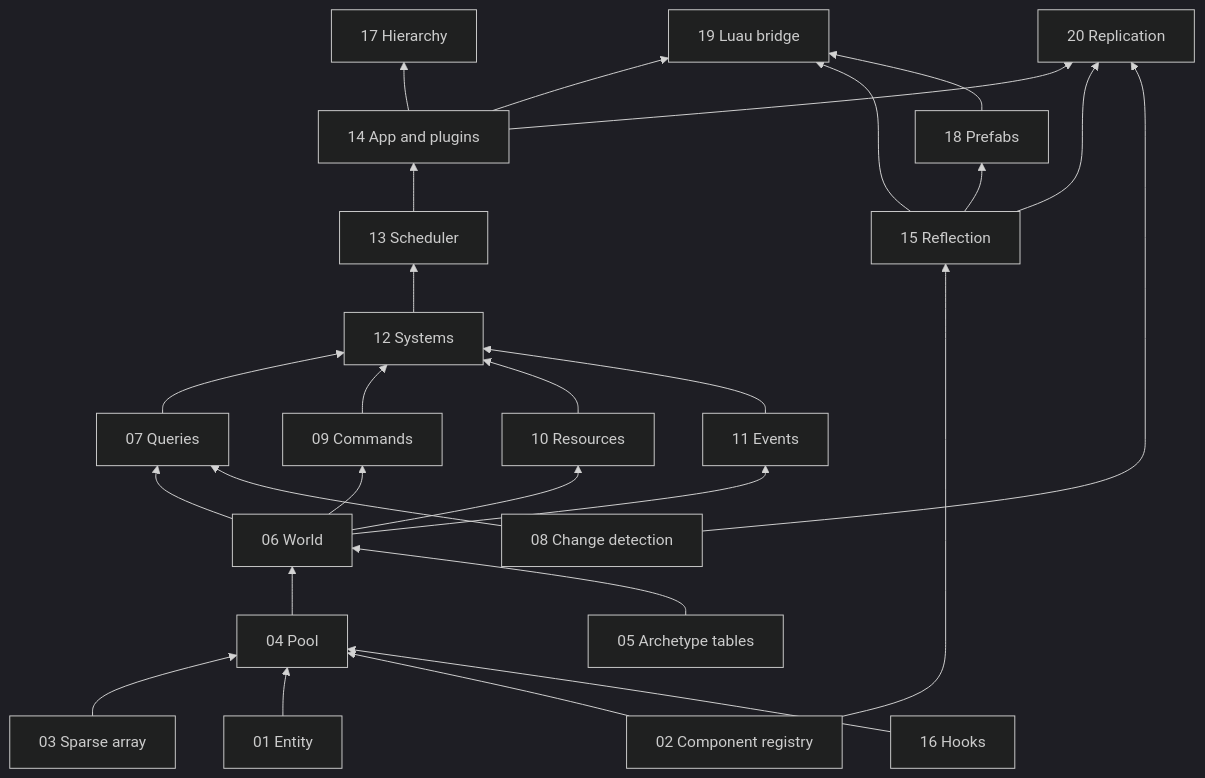
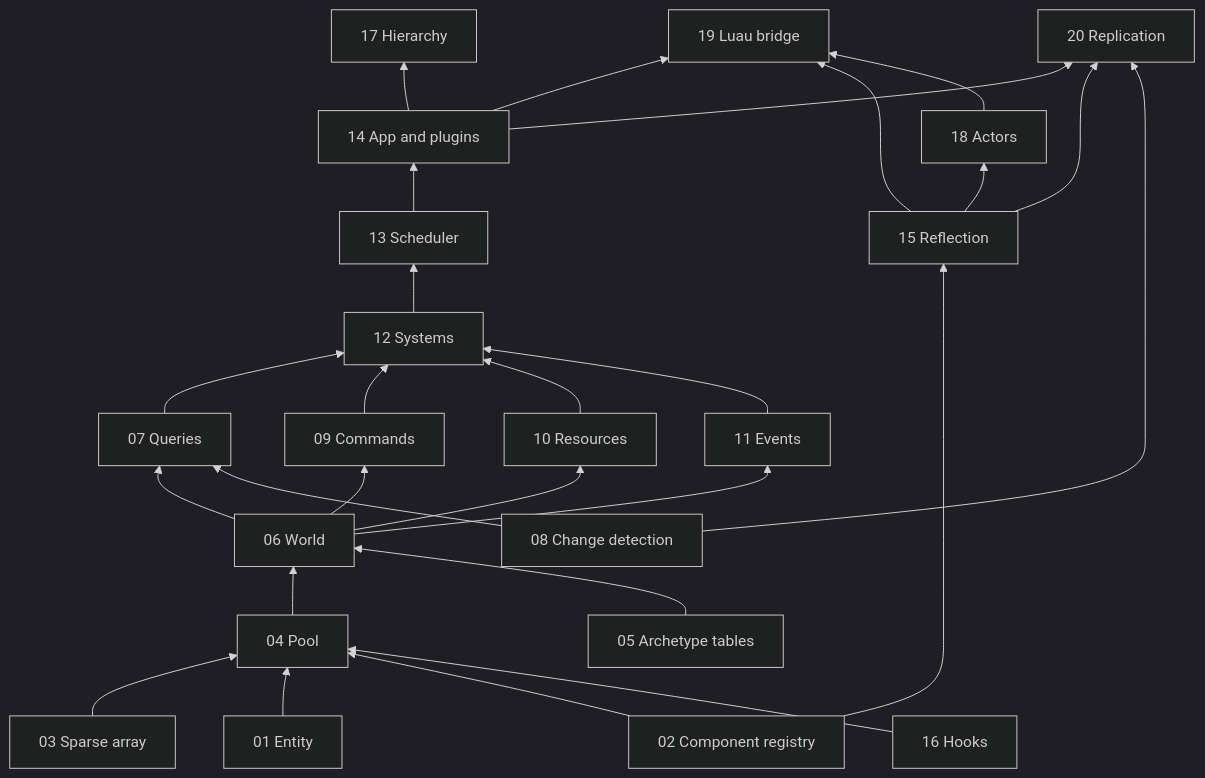
One commit to Charles-Mahoudeau/rtype changed the diagram in docs/ecs/features/README.md. Above: the diagram before and after it, drawn with Mermaid (dark theme). The commit also changed other lines of this file and 11 other files, not shown here.

Commit message:
docs(ecs): call prefabs actors

````diff
--- a/docs/ecs/features/README.md
+++ b/docs/ecs/features/README.md
@@ -48,50 +48,50 @@
 ```mermaid
 flowchart BT
     entity["01 Entity"]
     registry["02 Component registry"]
     sparse["03 Sparse array"]
     pool["04 Pool"]
     tables["05 Archetype tables"]
     world["06 World"]
     queries["07 Queries"]
     change["08 Change detection"]
     commands["09 Commands"]
     resources["10 Resources"]
     events["11 Events"]
     systems["12 Systems"]
     scheduler["13 Scheduler"]
     app["14 App and plugins"]
     reflection["15 Reflection"]
     hooks["16 Hooks"]
     hierarchy["17 Hierarchy"]
-    prefabs["18 Prefabs"]
+    actors["18 Actors"]
     luau["19 Luau bridge"]
     replication["20 Replication"]
 
     sparse --> pool
     entity --> pool
     registry --> pool
     pool --> world
     tables --> world
     hooks --> pool
     world --> queries
     change --> queries
     world --> commands
     world --> resources
     world --> events
     queries --> systems
     commands --> systems
     resources --> systems
     events --> systems
     systems --> scheduler
     scheduler --> app
     registry --> reflection
     app --> hierarchy
-    reflection --> prefabs
+    reflection --> actors
     app --> luau
     reflection --> luau
-    prefabs --> luau
+    actors --> luau
     app --> replication
     reflection --> replication
     change --> replication
 ```
````
